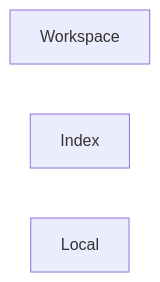
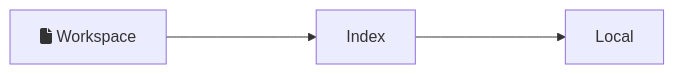
One commit to JulienLebranchu/git-training-sfa changed the first of 8 diagrams in materials/git-training.qmd. Above: the diagram before and after it, drawn with Mermaid. The commit also changed other lines of this file and 4 other files, not shown here.

````diff
--- a/materials/git-training.qmd
+++ b/materials/git-training.qmd
@@ -135,7 +137,5 @@
 ```{mermaid}
 graph LR
-    A[Workspace] 
-    B[Index]  
-    C[Local]
+    A[fa:fa-file Workspace] ----> B[Index] ----> C[Local]
 
-```
+``` 
````
